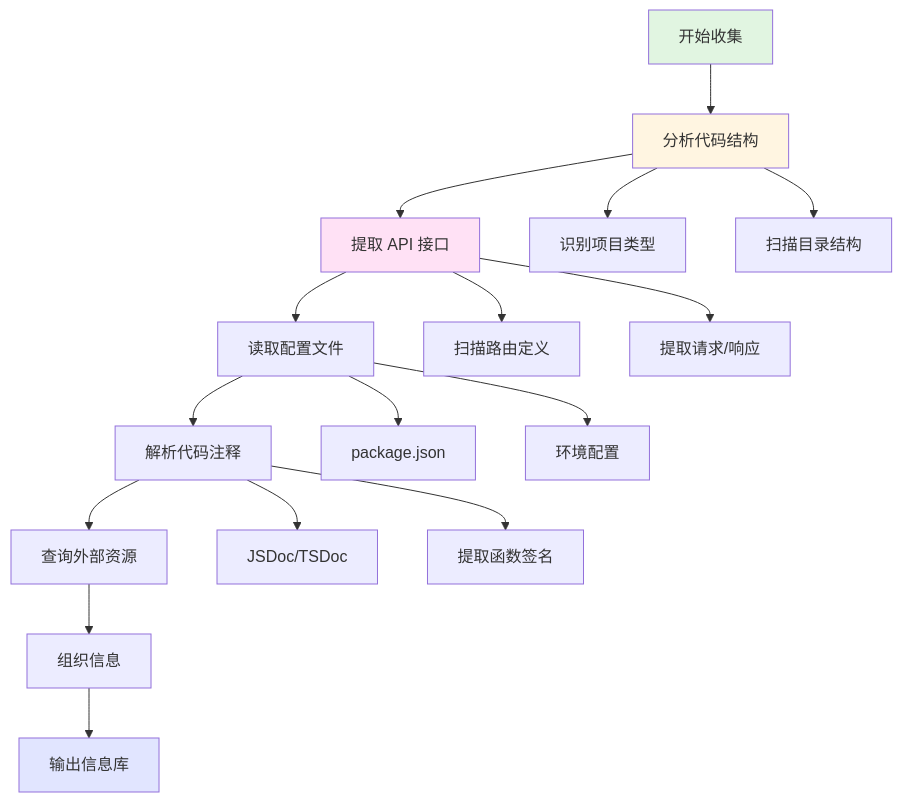
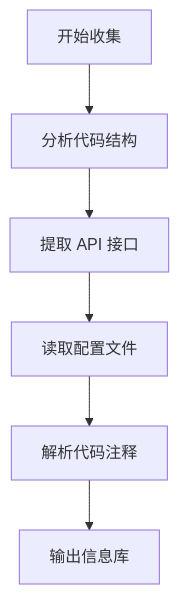
One commit to JIA-ss/agents changed the fourth of 7 diagrams in agents/doc-writer.md. Above: the diagram before and after it, drawn with Mermaid. The commit also changed other lines of this file and 4 other files, not shown here.

````diff
--- a/agents/doc-writer.md
+++ b/agents/doc-writer.md
@@ -143,27 +108,8 @@
 ```mermaid
 flowchart TD
     Start[开始收集] --> Code[分析代码结构]
     Code --> API[提取 API 接口]
     API --> Config[读取配置文件]
     Config --> Comment[解析代码注释]
-    Comment --> External[查询外部资源]
-    External --> Organize[组织信息]
-    Organize --> End[输出信息库]
-
-    Code --> C1[识别项目类型]
-    Code --> C2[扫描目录结构]
-
-    API --> A1[扫描路由定义]
-    API --> A2[提取请求/响应]
-
-    Config --> F1[package.json]
-    Config --> F2[环境配置]
-
-    Comment --> D1[JSDoc/TSDoc]
-    Comment --> D2[提取函数签名]
-
-    style Start fill:#e1f5e1
-    style End fill:#e1e5ff
-    style Code fill:#fff5e1
-    style API fill:#ffe1f5
+    Comment --> End[输出信息库]
 ```
````
